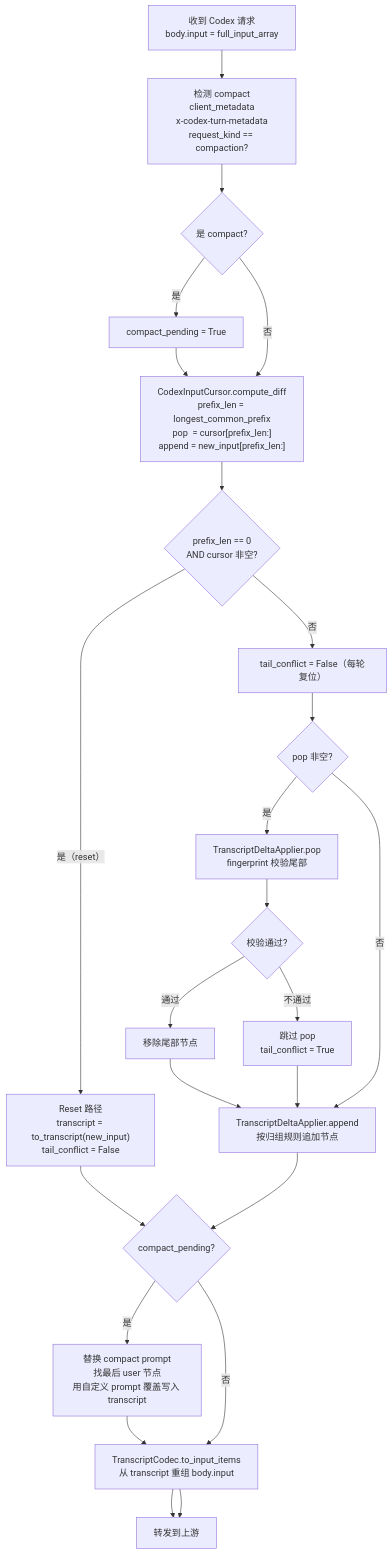
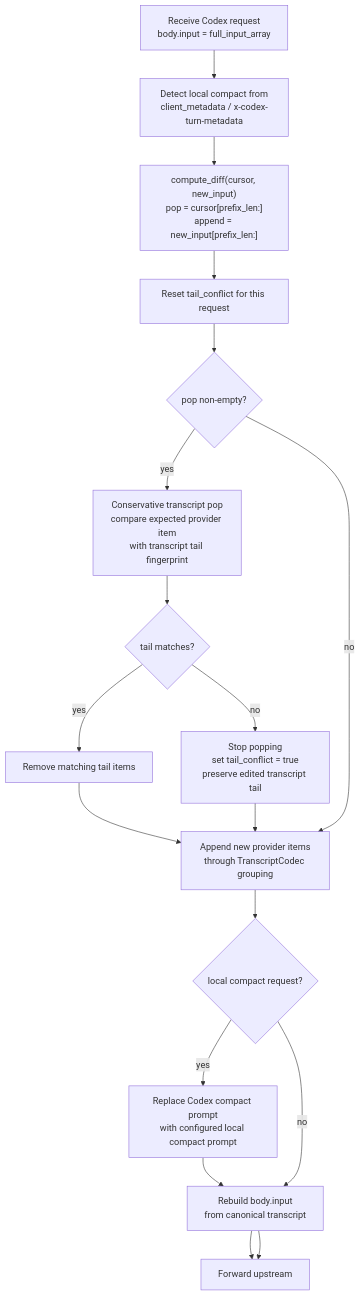
The second of 7 diagrams in docs/architecture.md (HaShiShark/codex-context-studio), drawn with Mermaid before and after one commit. The commit also changed other lines of this file and 48 other files, not shown here.

````diff
--- a/docs/architecture.md
+++ b/docs/architecture.md
@@ -23,39 +31,29 @@
 ```mermaid
 flowchart TD
-    A["收到 Codex 请求\nbody.input = full_input_array"]
-    B["检测 compact\nclient_metadata\nx-codex-turn-metadata\nrequest_kind == compaction?"]
-    C{"是 compact?"}
-    CP["compact_pending = True"]
+    A["Receive Codex request\nbody.input = full_input_array"]
+    B["Detect local compact from\nclient_metadata / x-codex-turn-metadata"]
+    D["compute_diff(cursor, new_input)\npop = cursor[prefix_len:]\nappend = new_input[prefix_len:]"]
 
-    D["CodexInputCursor.compute_diff\nprefix_len = longest_common_prefix\npop  = cursor[prefix_len:]\nappend = new_input[prefix_len:]"]
-    E{"prefix_len == 0\nAND cursor 非空?"}
-    RST["Reset 路径\ntranscript = to_transcript(new_input)\ntail_conflict = False"]
+    F["Reset tail_conflict for this request"]
+    G{"pop non-empty?"}
+    H["Conservative transcript pop\ncompare expected provider item\nwith transcript tail fingerprint"]
+    I{"tail matches?"}
+    J["Remove matching tail items"]
+    K["Stop popping\nset tail_conflict = true\npreserve edited transcript tail"]
+    L["Append new provider items\nthrough TranscriptCodec grouping"]
 
-    F["tail_conflict = False（每轮复位）"]
-    G{"pop 非空?"}
-    H["TranscriptDeltaApplier.pop\nfingerprint 校验尾部"]
-    I{"校验通过?"}
-    J["移除尾部节点"]
-    K["跳过 pop\ntail_conflict = True"]
-    L["TranscriptDeltaApplier.append\n按归组规则追加节点"]
+    M{"local compact request?"}
+    N["Replace Codex compact prompt\nwith configured local compact prompt"]
 
-    M{"compact_pending?"}
-    N["替换 compact prompt\n找最后 user 节点\n用自定义 prompt 覆盖写入 transcript"]
+    O["Rebuild body.input\nfrom canonical transcript"]
+    P["Forward upstream"]
 
-    O["TranscriptCodec.to_input_items\n从 transcript 重组 body.input"]
-    P["转发到上游"]
-
-    A --> B --> C
-    C -- 是 --> CP --> D
-    C -- 否 --> D
-    D --> E
-    E -- 是（reset）--> RST --> M
-    E -- 否 --> F --> G
-    G -- 是 --> H --> I
-    I -- 通过 --> J --> L
-    I -- 不通过 --> K --> L
-    G -- 否 --> L
+    A --> B --> D --> F --> G
+    G -- "yes" --> H --> I
+    I -- "yes" --> J --> L
+    I -- "no" --> K --> L
+    G -- "no" --> L
     L --> M
-    M -- 是 --> N --> O --> P
-    M -- 否 --> O --> P
+    M -- "yes" --> N --> O --> P
+    M -- "no" --> O --> P
 ```
````
